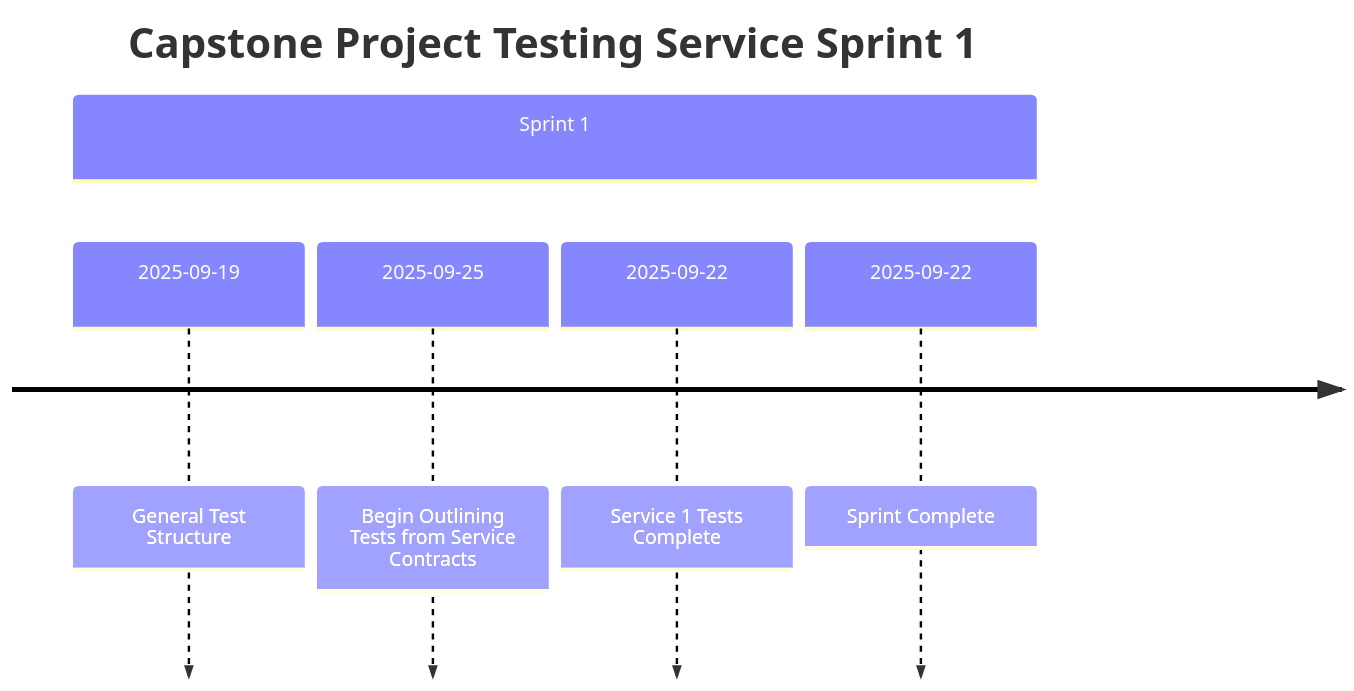
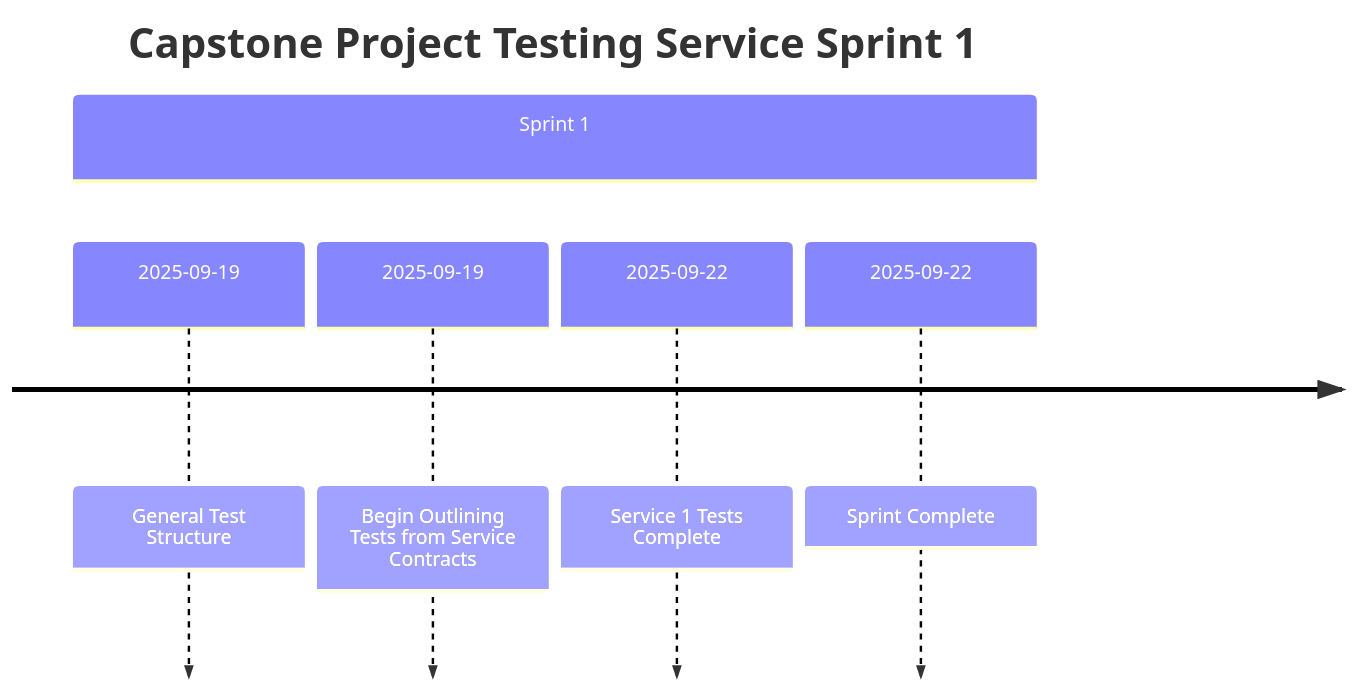
One commit to Jimmy-Tollett/CapstoneProject changed the second of 5 diagrams in Tests/timeline.md. Above: the diagram before and after it, drawn with Mermaid.

````diff
--- a/Tests/timeline.md
+++ b/Tests/timeline.md
@@ -35,10 +35,10 @@
 ```mermaid
 timeline
     title Capstone Project Testing Service Sprint 1
     dateFormat YYYY-MM-DD
     section Sprint 1
         2025-09-19: General Test Structure
-        2025-09-25: Begin Outlining Tests from Service Contracts
+        2025-09-19: Begin Outlining Tests from Service Contracts
         2025-09-22: Service 1 Tests Complete
         2025-09-22: Sprint Complete  
 ```
````
